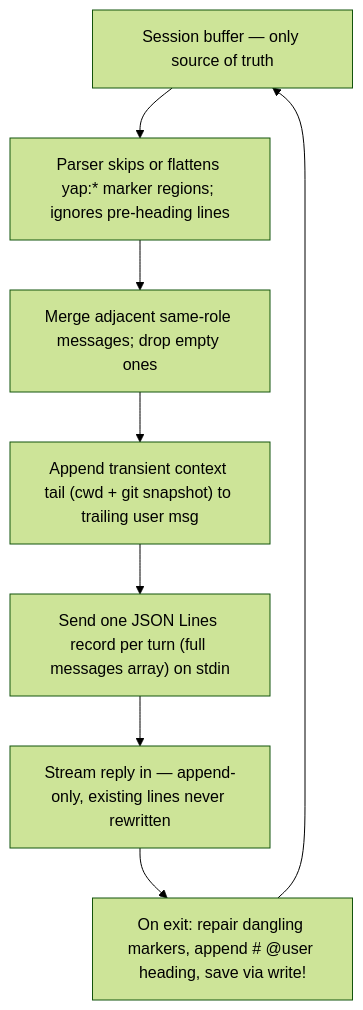
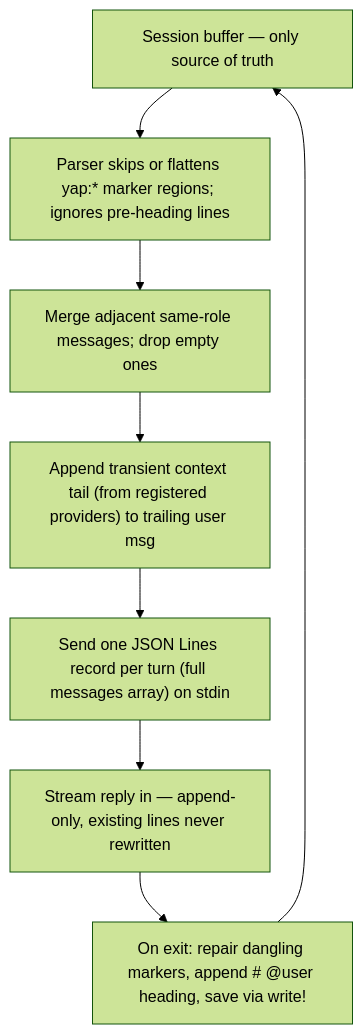
One commit to noisesfromspace/yap changed the first of 3 diagrams in CONTRIBUTING.md. Above: the diagram before and after it, drawn with Mermaid (forest theme). The commit also changed other lines of this file and 10 other files, not shown here.

Commit message:
fix(context): stop appending cwd and git state to every request

````diff
--- a/CONTRIBUTING.md
+++ b/CONTRIBUTING.md
@@ -90,10 +90,10 @@
 ```mermaid
 flowchart TD
     A["Session buffer — only source of truth"] --> B["Parser skips or flattens yap:* marker regions; ignores pre-heading lines"]
     B --> C["Merge adjacent same-role messages; drop empty ones"]
-    C --> D["Append transient context tail (cwd + git snapshot) to trailing user msg"]
+    C --> D["Append transient context tail (from registered providers) to trailing user msg"]
     D --> E["Send one JSON Lines record per turn (full messages array) on stdin"]
     E --> F["Stream reply in — append-only, existing lines never rewritten"]
     F --> G["On exit: repair dangling markers, append # @user heading, save via write!"]
     G --> A
 ```
````
